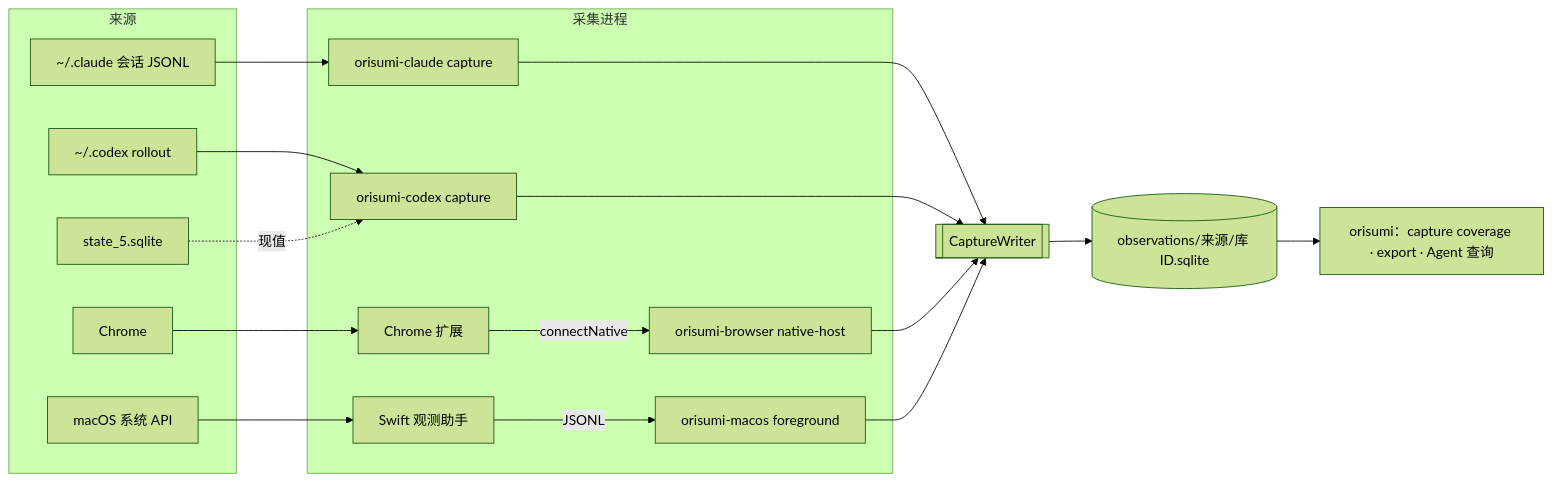
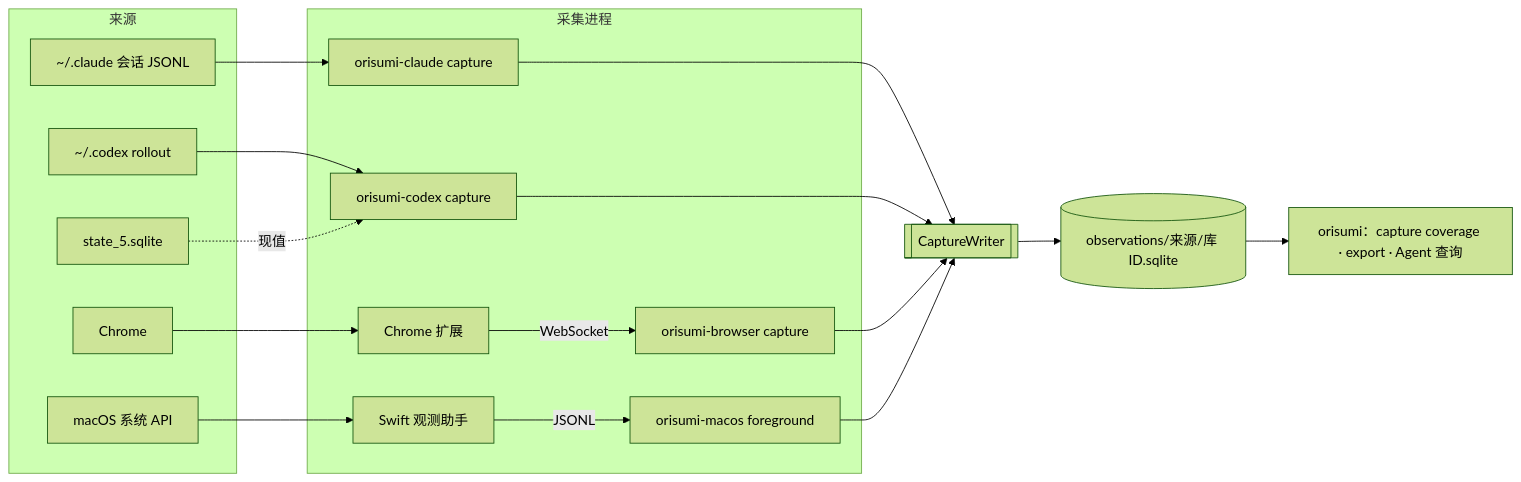
The first of 2 diagrams in src/Orisumi.Docs/content/docs/overview/architecture.mdx (shenxianovo/Orisumi), drawn with Mermaid (forest theme) before and after one commit. The commit also changed other lines of this file and 40 other files, not shown here.

Commit message:
feat: run every collector as a LaunchAgent under a signed Orisumi.app and receive the browser over WebSocket

````diff
--- a/src/Orisumi.Docs/content/docs/overview/architecture.mdx
+++ b/src/Orisumi.Docs/content/docs/overview/architecture.mdx
@@ -8,27 +8,27 @@
 ```mermaid
 flowchart LR
   subgraph 来源
     CJ["~/.claude 会话 JSONL"]
     CR["~/.codex rollout"]
     CS["state_5.sqlite"]
     CH["Chrome"]
     OS["macOS 系统 API"]
   end
   subgraph 采集进程
     CL["orisumi-claude capture"]
     CX["orisumi-codex capture"]
     EXT["Chrome 扩展"]
-    NH["orisumi-browser native-host"]
+    NH["orisumi-browser capture"]
     SW["Swift 观测助手"]
     FG["orisumi-macos foreground"]
   end
   W[["CaptureWriter"]]
   DB[("observations/来源/库 ID.sqlite")]
   Q["orisumi：capture coverage · export · Agent 查询"]
   CJ --> CL
   CR --> CX
   CS -. 现值 .-> CX
-  CH --> EXT -- connectNative --> NH
+  CH --> EXT -- WebSocket --> NH
   OS --> SW -- JSONL --> FG
   CL & CX & NH & FG --> W --> DB --> Q
 ```
````
